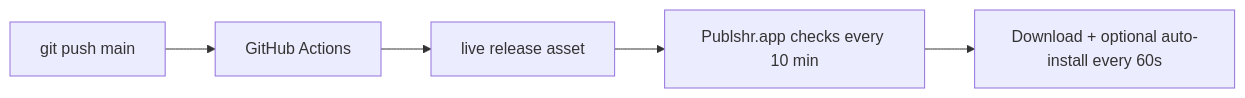
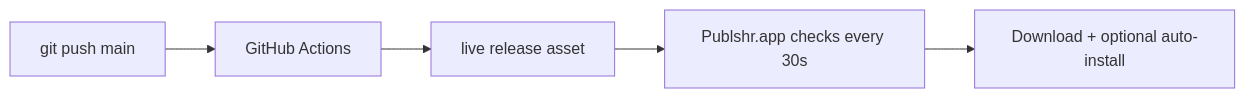
One commit to hiagoccss-svg/publshr.exe changed the diagram in mac/publshr/docs/AUTO_UPDATE.md. Above: the diagram before and after it, drawn with Mermaid. The commit also changed other lines of this file and 8 other files, not shown here.

````diff
--- a/mac/publshr/docs/AUTO_UPDATE.md
+++ b/mac/publshr/docs/AUTO_UPDATE.md
@@ -15,7 +15,7 @@
 ```mermaid
 flowchart LR
   A[git push main] --> B[GitHub Actions]
   B --> C[live release asset]
-  C --> D[Publshr.app checks every 10 min]
-  D --> E[Download + optional auto-install every 60s]
+  C --> D[Publshr.app checks every 30s]
+  D --> E[Download + optional auto-install]
 ```
````
